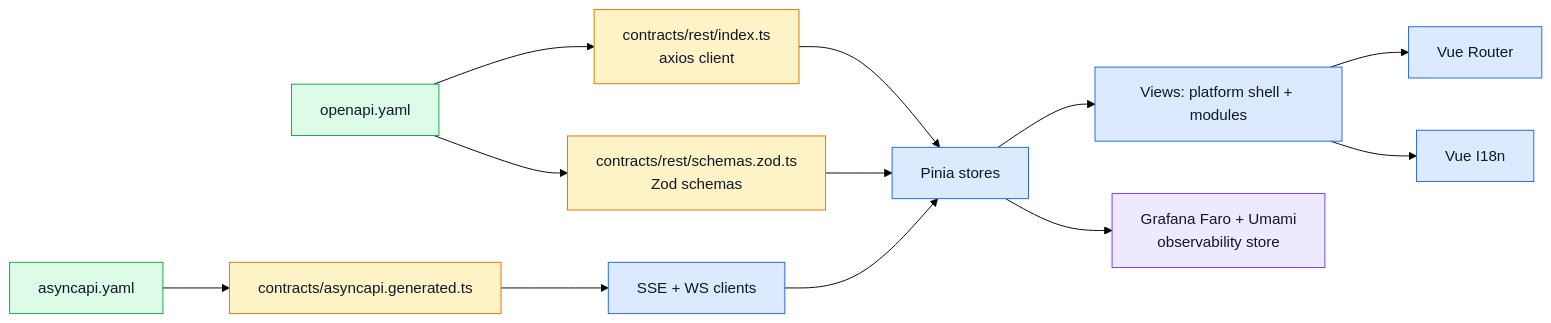
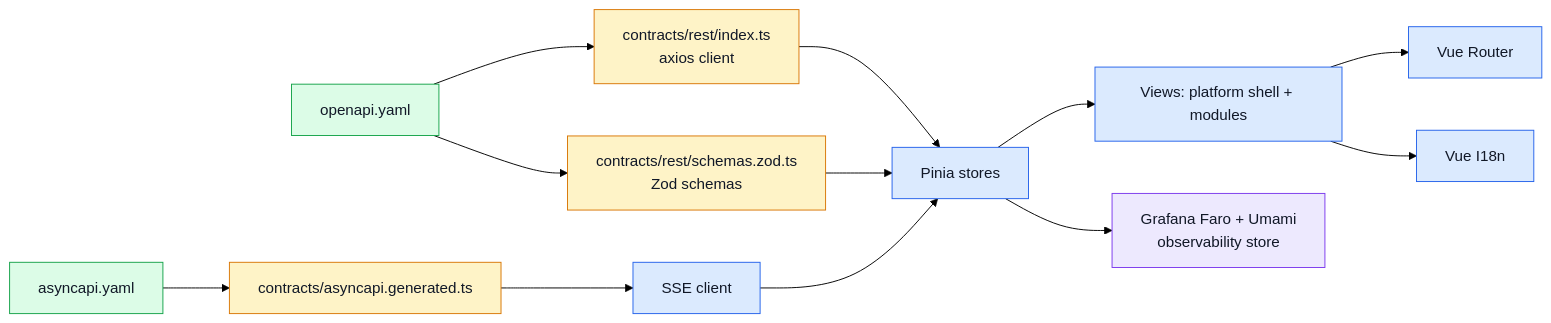
The second of 2 diagrams in docs/index.md (Guebbit/boilerplate-vue-frontend), drawn with Mermaid (forest theme) before and after one commit. The commit also changed other lines of this file and 38 other files, not shown here.

````diff
--- a/docs/index.md
+++ b/docs/index.md
@@ -100,26 +100,26 @@
 ```mermaid
 %%{init: {'flowchart': {'nodeSpacing': 55, 'rankSpacing': 70}}}%%
 flowchart LR
     OpenSpec[openapi.yaml] --> Client[contracts/rest/index.ts\naxios client]
     OpenSpec --> Schemas[contracts/rest/schemas.zod.ts\nZod schemas]
     AsyncSpec[asyncapi.yaml] --> Realtime[contracts/asyncapi.generated.ts]
 
     Client --> Stores[Pinia stores]
     Schemas --> Stores
     Stores --> Views[Views: platform shell + modules]
     Views --> Router[Vue Router]
     Views --> I18N[Vue I18n]
-    Realtime --> RTClients[SSE + WS clients]
+    Realtime --> RTClients[SSE client]
     RTClients --> Stores
 
     Stores --> Obs[Grafana Faro + Umami\nobservability store]
 
     classDef contract fill:#dcfce7,stroke:#16a34a,color:#111827;
     classDef generated fill:#fef3c7,stroke:#d97706,color:#111827;
     classDef app fill:#dbeafe,stroke:#2563eb,color:#111827;
     classDef obs fill:#ede9fe,stroke:#7c3aed,color:#111827;
     class OpenSpec,AsyncSpec contract;
     class Client,Schemas,Realtime generated;
     class Stores,Views,Router,I18N,RTClients app;
     class Obs obs;
 ```
````
